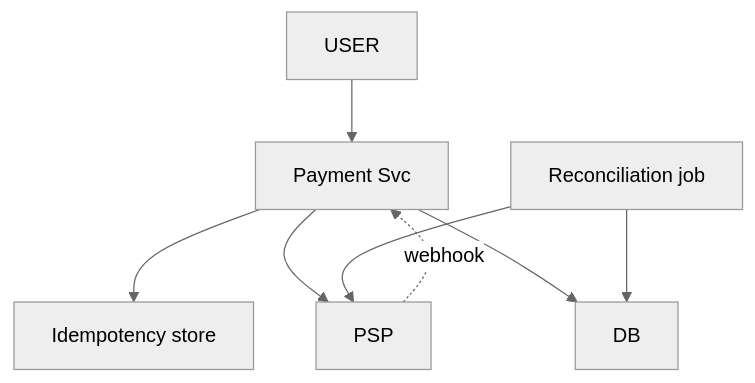
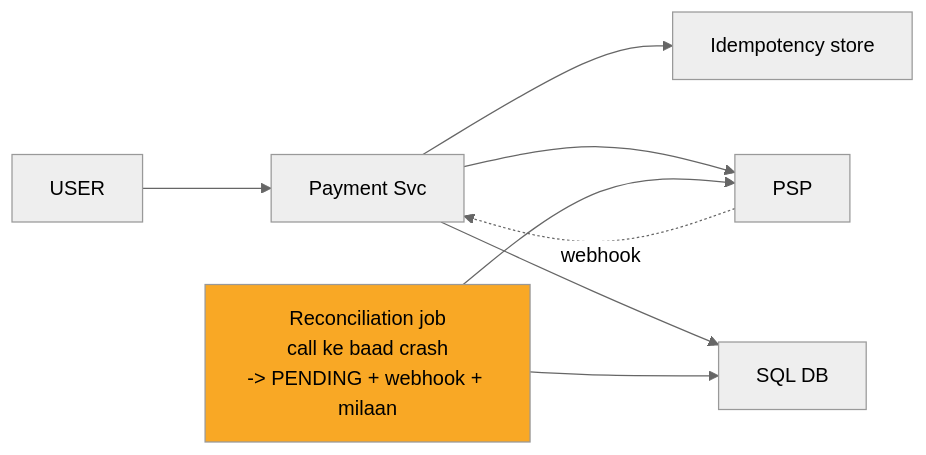
One commit to ArpanMaheshwari144/Prep changed the sixth of 12 diagrams in 04_HLD/SYSTEM_DESIGNS/06_payment_system/06_payment_system.md. Above: the diagram before and after it, drawn with Mermaid (neutral theme). The commit also changed other lines of this file and 2 other files, not shown here.

Commit message:
notification, payment, file upload: one-day story, short cards, follow-ups with rules, highlighted diagrams

````diff
--- a/04_HLD/SYSTEM_DESIGNS/06_payment_system/06_payment_system.md
+++ b/04_HLD/SYSTEM_DESIGNS/06_payment_system/06_payment_system.md
@@ -216,16 +229,17 @@
 ```mermaid
-flowchart TD
+flowchart LR
     n_USER["USER"]
     n_Payment_Svc["Payment Svc"]
     n_Idempotency_store["Idempotency store"]
     n_PSP["PSP"]
-    n_DB["DB"]
-    n_Reconciliation_job["Reconciliation job"]
+    n_DB["SQL DB"]
+    n_Reconciliation_job["Reconciliation job<br/>call ke baad crash<br/>-> PENDING + webhook + milaan"]
     n_USER --> n_Payment_Svc
     n_Payment_Svc --> n_Idempotency_store
     n_Payment_Svc --> n_PSP
     n_Payment_Svc --> n_DB
     n_Reconciliation_job --> n_DB
     n_Reconciliation_job --> n_PSP
     n_PSP -.->|webhook| n_Payment_Svc
+    style n_Reconciliation_job fill:#f9a825,color:#000
 ```
````
